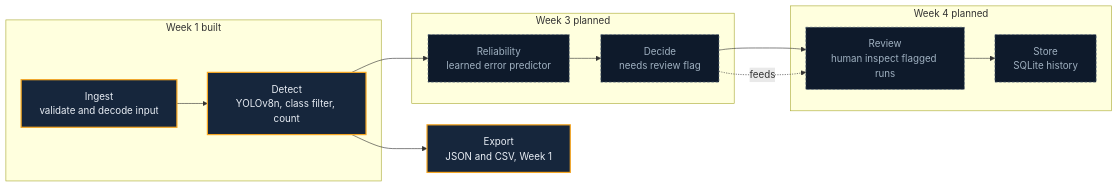
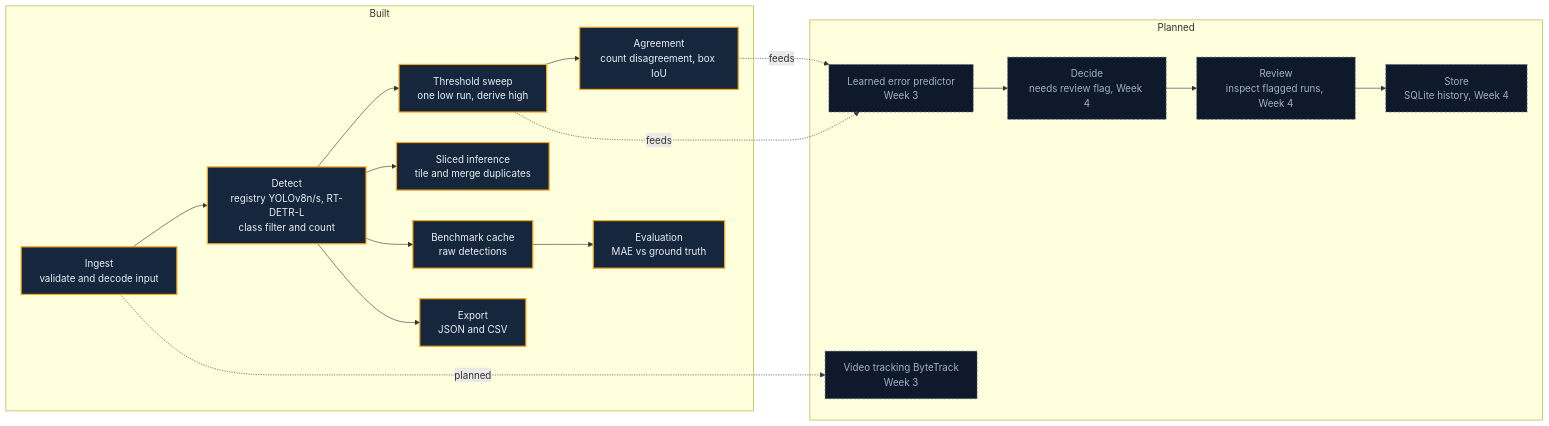
The diagram in docs/architecture.md (bakhtawar7/TrafficLens), drawn with Mermaid before and after one commit. The commit also changed other lines of this file and 7 other files, not shown here.

First line of the commit message:
add metrics reference, wire reliability and evaluation tabs, sync week 2 docs

````diff
--- a/docs/architecture.md
+++ b/docs/architecture.md
@@ -13,24 +15,35 @@
 ```mermaid
 flowchart LR
-    subgraph W1[Week 1 built]
+    subgraph BUILT[Built]
         ING[Ingest<br/>validate and decode input]
-        DET[Detect<br/>YOLOv8n, class filter, count]
+        DET[Detect<br/>registry YOLOv8n/s, RT-DETR-L<br/>class filter and count]
+        SLC[Sliced inference<br/>tile and merge duplicates]
+        SWEEP[Threshold sweep<br/>one low run, derive high]
+        AGREE[Agreement<br/>count disagreement, box IoU]
+        BM[Benchmark cache<br/>raw detections]
+        EVAL[Evaluation<br/>MAE vs ground truth]
+        EXP[Export<br/>JSON and CSV]
     end
-    subgraph W3[Week 3 planned]
-        REL[Reliability<br/>learned error predictor]
-        DEC[Decide<br/>needs review flag]
-    end
-    subgraph W4[Week 4 planned]
-        REV[Review<br/>human inspect flagged runs]
-        STO[Store<br/>SQLite history]
+    subgraph PLANNED[Planned]
+        PRED[Learned error predictor<br/>Week 3]
+        VID[Video tracking ByteTrack<br/>Week 3]
+        DEC[Decide<br/>needs review flag, Week 4]
+        REV[Review<br/>inspect flagged runs, Week 4]
+        STO[Store<br/>SQLite history, Week 4]
     end
 
-    ING --> DET --> REL --> DEC --> REV --> STO
-    DET --> EXP[Export<br/>JSON and CSV, Week 1]
-    DEC -. feeds .-> REV
+    ING --> DET --> SWEEP
+    DET --> SLC
+    SWEEP --> AGREE
+    DET --> BM --> EVAL
+    DET --> EXP
+    AGREE -. feeds .-> PRED
+    SWEEP -. feeds .-> PRED
+    PRED --> DEC --> REV --> STO
+    ING -. planned .-> VID
 
     classDef built fill:#16263c,stroke:#f5a623,stroke-width:2px,color:#e9eef5;
     classDef planned fill:#0e1a2b,stroke:#5b6b7f,stroke-dasharray:4 3,color:#9fb0c0;
-    class ING,DET,EXP built;
-    class REL,DEC,REV,STO planned;
+    class ING,DET,SLC,SWEEP,AGREE,BM,EVAL,EXP built;
+    class PRED,VID,DEC,REV,STO planned;
 ```
````
